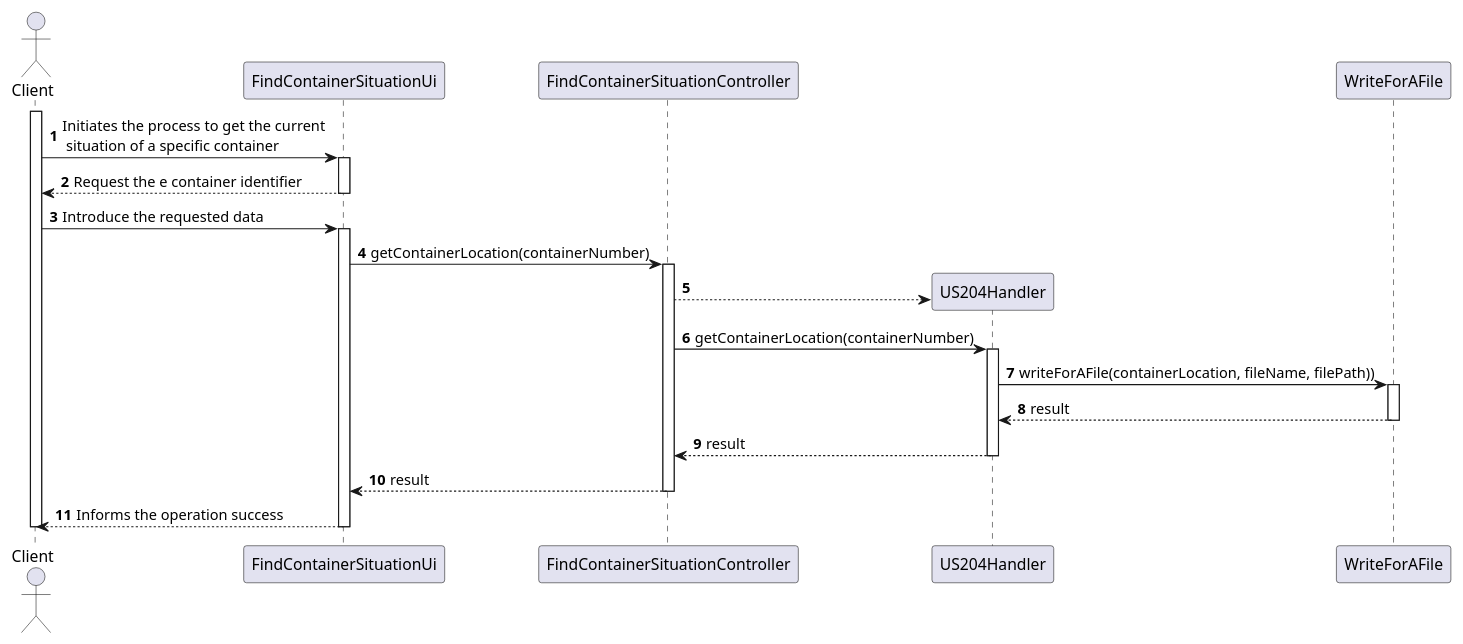
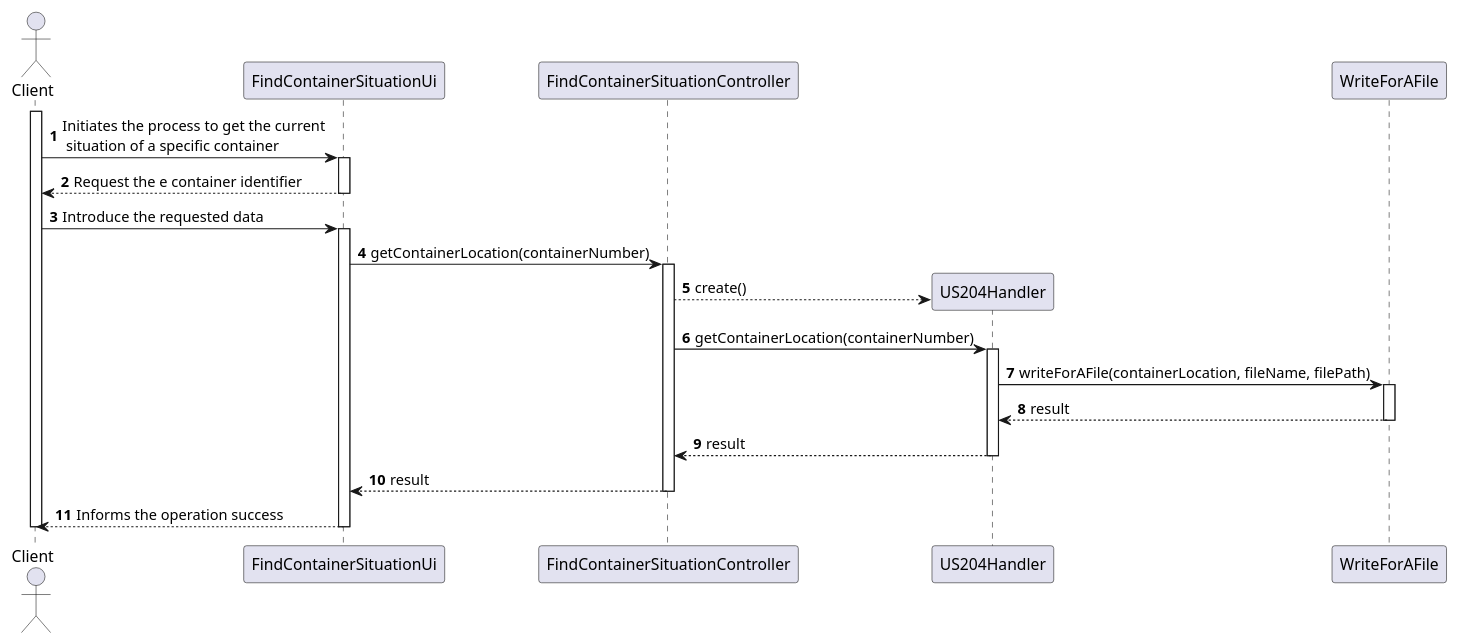
The diagram in docs/US204/US204_SD.puml (0franciscor/lapr3-2021-g042), drawn with PlantUML before and after one commit. The commit also changed 3 other files, not shown here.

```diff
--- a/docs/US204/US204_SD.puml
+++ b/docs/US204/US204_SD.puml
@@ -1,33 +1,33 @@
 @startuml
 autonumber
 
 actor "Client" as C
 participant "FindContainerSituationUi" as UI
 participant "FindContainerSituationController" as CTRL
 participant "US204Handler" as handler
 participant "WriteForAFile" as writer
 
 activate C
 C -> UI:  Initiates the process to get the current\n situation of a specific container
 activate UI
 UI --> C : Request the e container identifier
 deactivate UI
 C -> UI : Introduce the requested data
 activate UI
 UI -> CTRL: getContainerLocation(containerNumber)
 activate CTRL
-CTRL --> handler**
+CTRL --> handler** : create()
 CTRL -> handler: getContainerLocation(containerNumber)
 activate handler
-handler->writer:writeForAFile(containerLocation, fileName, filePath))
+handler->writer:writeForAFile(containerLocation, fileName, filePath)
 activate writer
 writer --> handler: result
 deactivate writer
 handler --> CTRL: result
 deactivate handler
 CTRL-->UI: result
 deactivate CTRL
 UI-->C :Informs the operation success
 deactivate UI
 deactivate C
 @enduml
```
